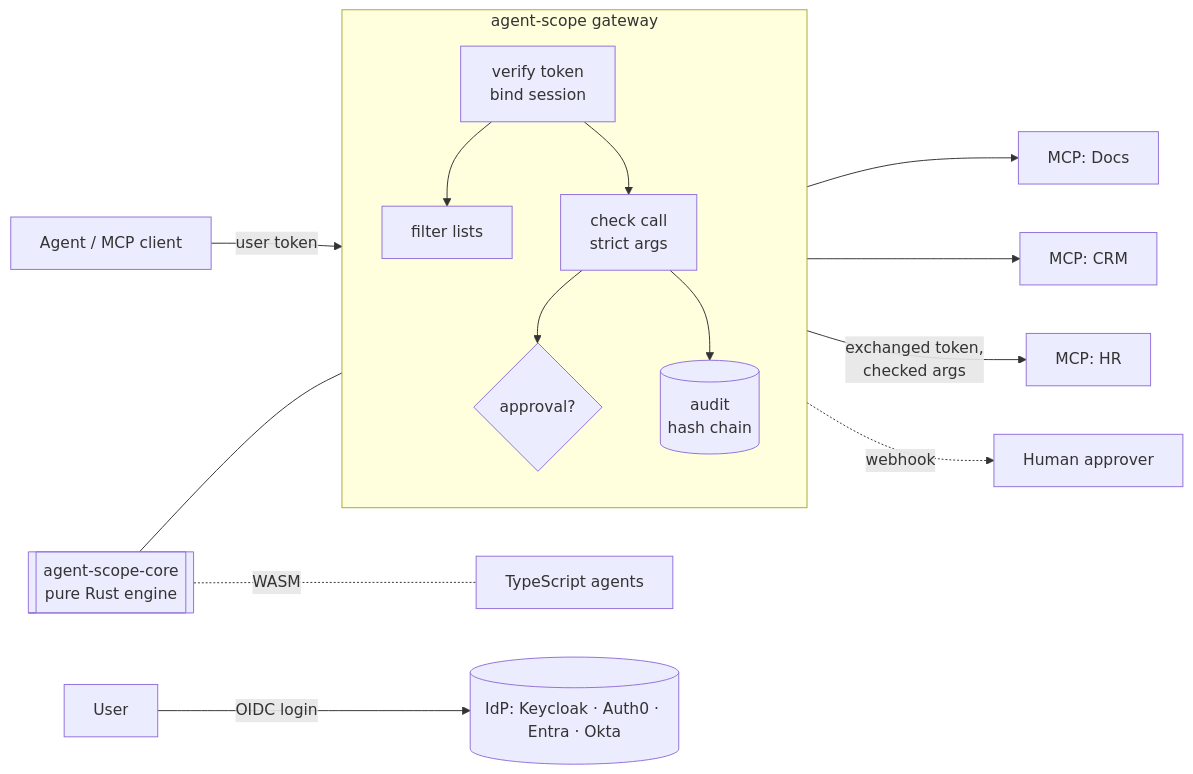
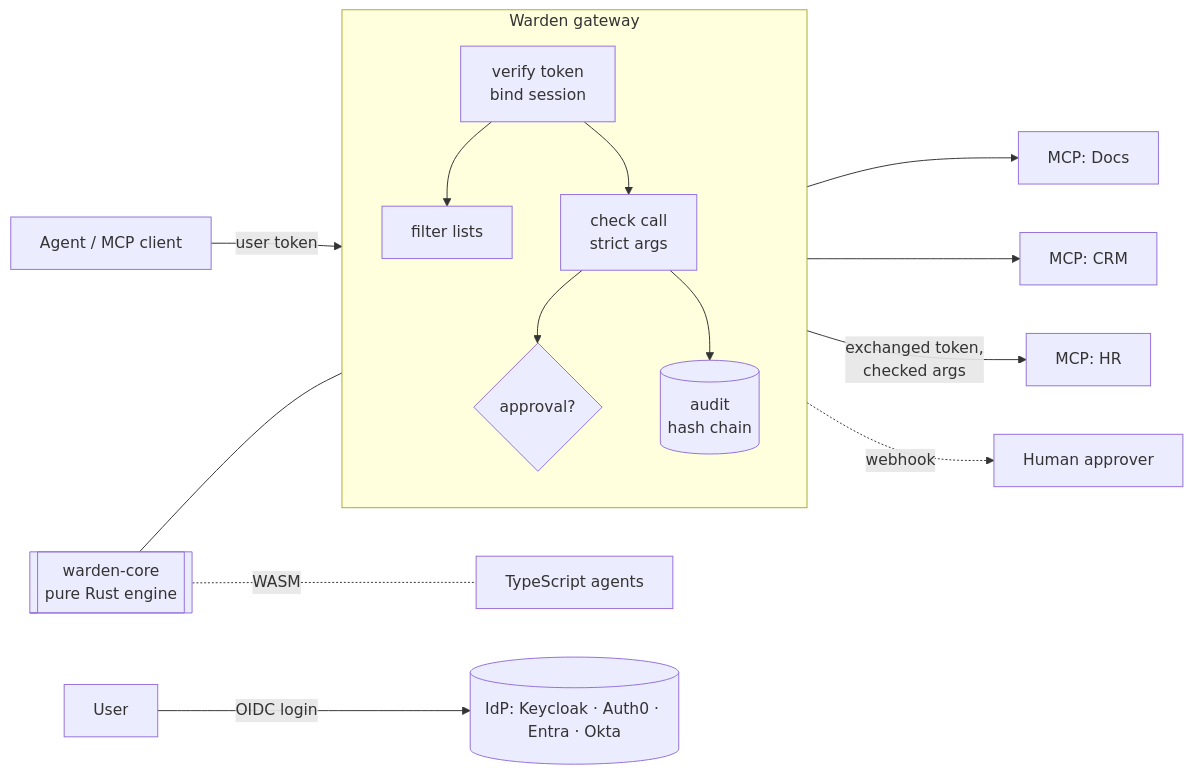
One commit to byQuexo/warden changed the diagram in README.md. Above: the diagram before and after it, drawn with Mermaid. The commit also changed other lines of this file and 171 other files, not shown here.

````diff
--- a/README.md
+++ b/README.md
@@ -91,18 +91,18 @@
 ```mermaid
 flowchart LR
     U[User] -->|OIDC login| IDP[(IdP: Keycloak · Auth0 · Entra · Okta)]
     A[Agent / MCP client] -->|user token| G
-    subgraph G[agent-scope gateway]
+    subgraph G[Warden gateway]
         direction TB
         V[verify token<br/>bind session] --> F[filter lists]
         V --> C[check call<br/>strict args]
         C --> AP{approval?}
         C --> AU[(audit<br/>hash chain)]
     end
     G -->|exchanged token,<br/>checked args| M1[MCP: HR]
     G --> M2[MCP: CRM]
     G --> M3[MCP: Docs]
     AP -.webhook.-> H[Human approver]
-    E[[agent-scope-core<br/>pure Rust engine]] --- G
+    E[[warden-core<br/>pure Rust engine]] --- G
     E -. WASM .- TS[TypeScript agents]
 ```
````
